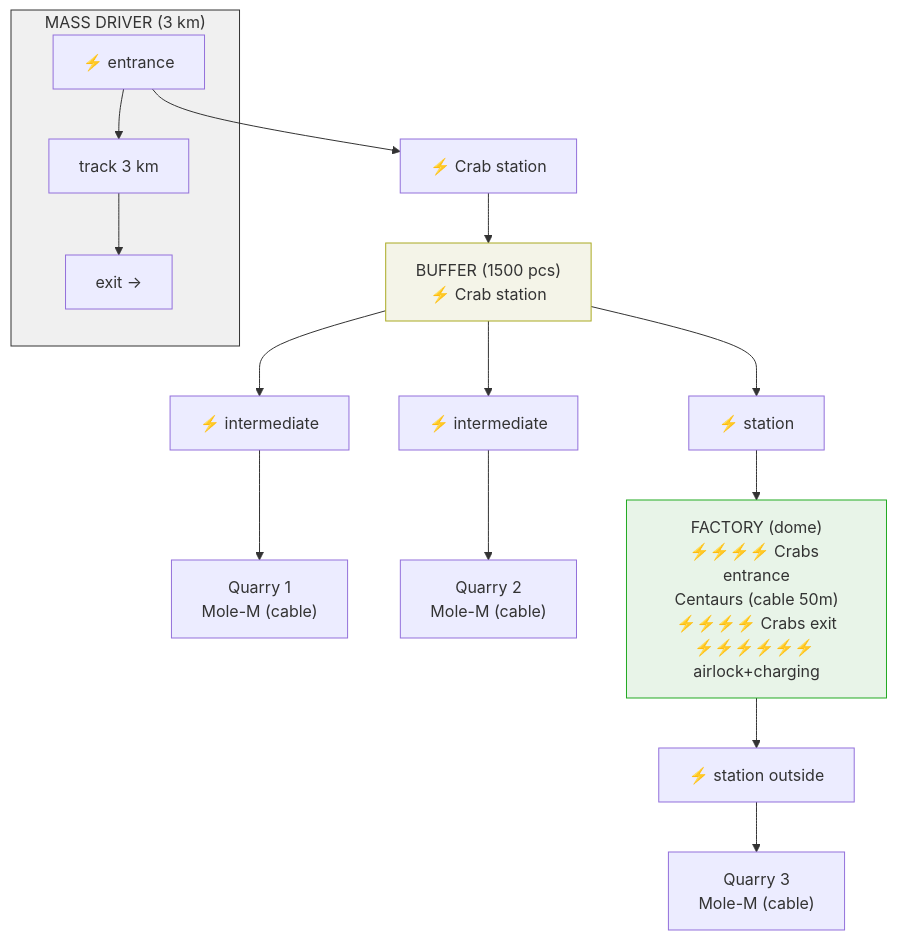
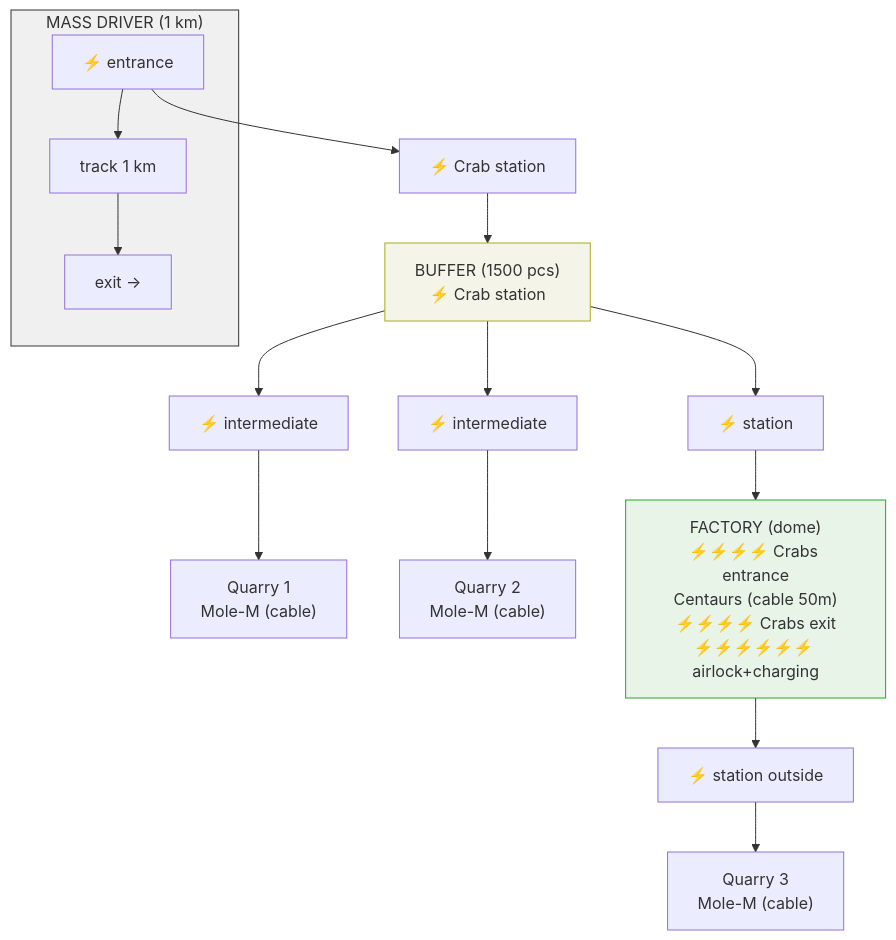
The fourth of 6 diagrams in en/science/detailed/production.qmd (DmitryNasikanov/infinite-energy), drawn with Mermaid before and after one commit. The commit also changed 1 other file, not shown here.

Commit message:
Fix: Mass Driver length 3 km → 1 km (base variant)

````diff
--- a/en/science/detailed/production.qmd
+++ b/en/science/detailed/production.qmd
@@ -443,26 +443,26 @@
 ```{mermaid}
 %%| fig-width: 10
 flowchart TB
-    subgraph MD["MASS DRIVER (3 km)"]
-        MD_IN["⚡ entrance"] --> MD_TRACK["track 3 km"] --> MD_OUT["exit →"]
+    subgraph MD["MASS DRIVER (1 km)"]
+        MD_IN["⚡ entrance"] --> MD_TRACK["track 1 km"] --> MD_OUT["exit →"]
     end
 
     MD_IN --> CS1["⚡ Crab station"]
     CS1 --> BUF["BUFFER (1500 pcs)<br/>⚡ Crab station"]
 
     BUF --> INT1["⚡ intermediate"]
     BUF --> ST["⚡ station"]
     BUF --> INT2["⚡ intermediate"]
 
     INT1 --> Q1["Quarry 1<br/>Mole-M (cable)"]
     INT2 --> Q2["Quarry 2<br/>Mole-M (cable)"]
 
     ST --> FAC["FACTORY (dome)<br/>⚡⚡⚡⚡ Crabs entrance<br/>Centaurs (cable 50m)<br/>⚡⚡⚡⚡ Crabs exit<br/>⚡⚡⚡⚡⚡⚡ airlock+charging"]
 
     FAC --> EXT["⚡ station outside"]
     EXT --> Q3["Quarry 3<br/>Mole-M (cable)"]
 
     style MD fill:#f0f0f0,stroke:#333
     style FAC fill:#e8f4e8,stroke:#2a2
     style BUF fill:#f4f4e8,stroke:#aa2
 ```
````
